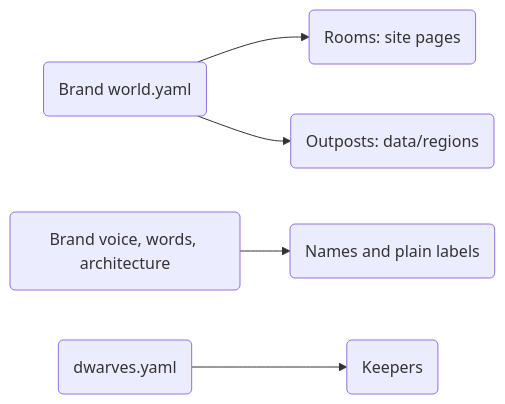
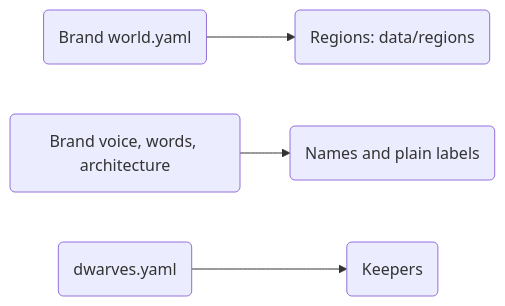
One commit to Colorado-Startups/coloradostartups.org changed the diagram in 01_doctrine/lore.md. Above: the diagram before and after it, drawn with Mermaid. The commit also changed other lines of this file and 31 other files, not shown here.

````diff
--- a/01_doctrine/lore.md
+++ b/01_doctrine/lore.md
@@ -5,7 +5,6 @@
 ```mermaid
 flowchart LR
-  W("Brand world.yaml") --> R("Rooms: site pages")
-  W --> O("Outposts: data/regions")
+  W("Brand world.yaml") --> O("Regions: data/regions")
   V("Brand voice, words, architecture") --> N("Names and plain labels")
   K("dwarves.yaml") --> P("Keepers")
 ```
````
